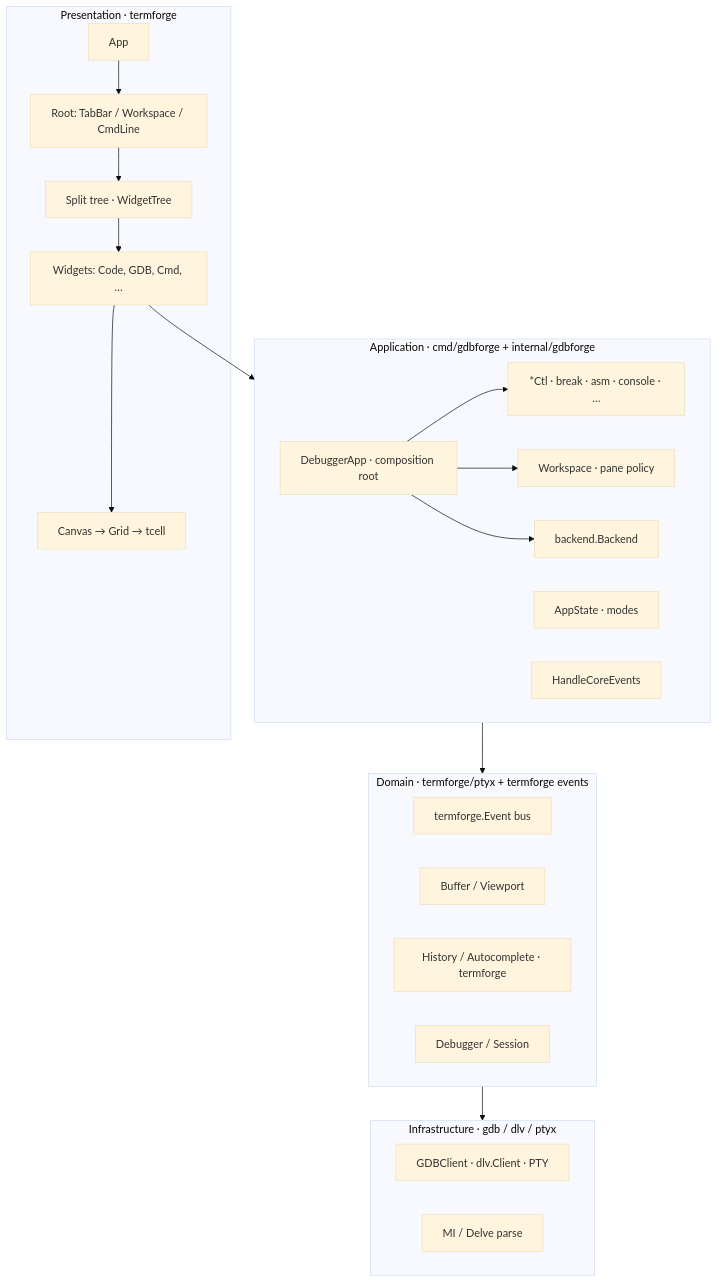
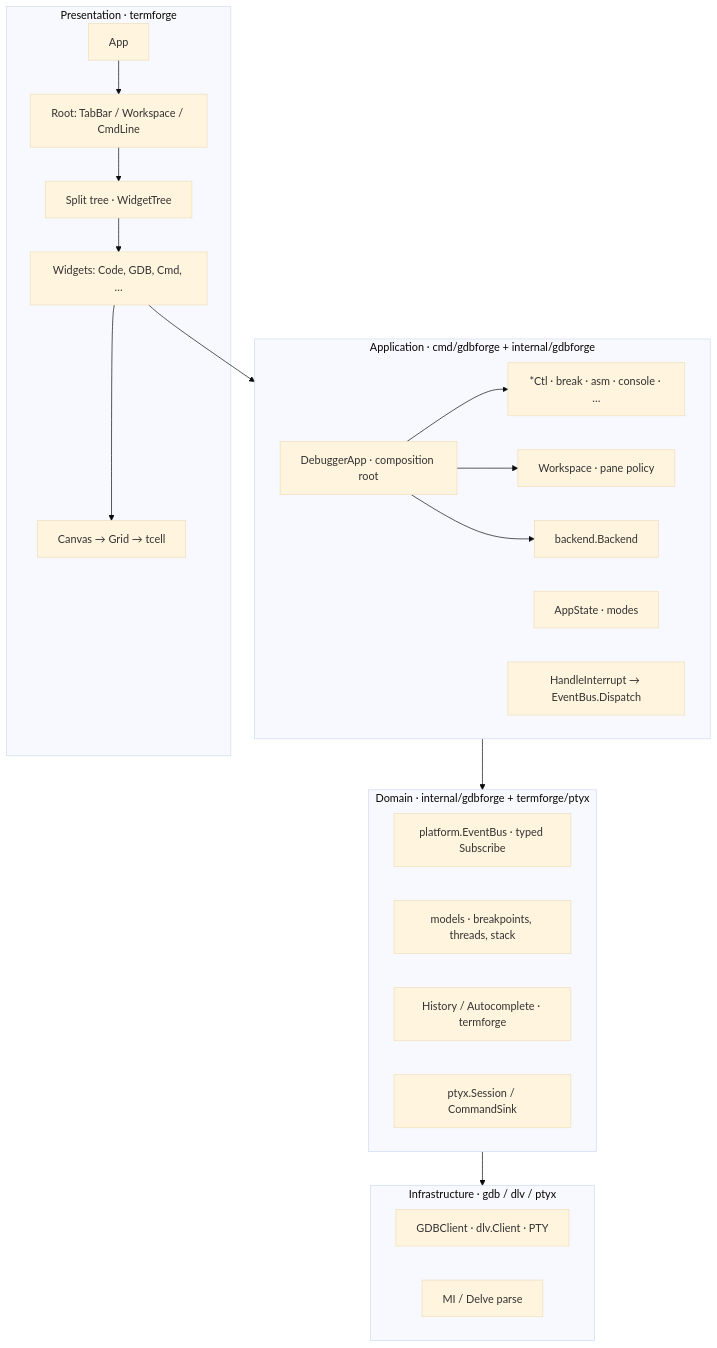
One commit to yairgd/gdbforge changed the fifth of 11 diagrams in docs/ARCHITECTURE.md. Above: the diagram before and after it, drawn with Mermaid (base theme). The commit also changed other lines of this file and 18 other files, not shown here.

First line of the commit message:
docs: retire the internal/termui vocabulary and describe the termforge split

````diff
--- a/docs/ARCHITECTURE.md
+++ b/docs/ARCHITECTURE.md
@@ -614,39 +649,39 @@
 ```mermaid
 flowchart TB
     subgraph Presentation["Presentation · termforge"]
         App["App"]
         RootLayout["Root: TabBar / Workspace / CmdLine"]
         SplitTree["Split tree · WidgetTree"]
         Widgets["Widgets: Code, GDB, Cmd, …"]
         Render["Canvas → Grid → tcell"]
     end
 
     subgraph Application["Application · cmd/gdbforge + internal/gdbforge"]
         DebuggerApp["DebuggerApp · composition root"]
         Ctls["*Ctl · break · asm · console · …"]
         WS["Workspace · pane policy"]
         BE["backend.Backend"]
         AppState["AppState · modes"]
-        HandleCore["HandleCoreEvents"]
+        HandleInt["HandleInterrupt → EventBus.Dispatch"]
     end
 
-    subgraph Domain["Domain · termforge/ptyx + termforge events"]
-        Events["termforge.Event bus"]
-        Buffer["Buffer / Viewport"]
+    subgraph Domain["Domain · internal/gdbforge + termforge/ptyx"]
+        Events["platform.EventBus · typed Subscribe"]
+        Models["models · breakpoints, threads, stack"]
         History["History / Autocomplete · termforge"]
-        DebuggerIF["Debugger / Session"]
+        DebuggerIF["ptyx.Session / CommandSink"]
     end
 
     subgraph Infrastructure["Infrastructure · gdb / dlv / ptyx"]
         Client["GDBClient · dlv.Client · PTY"]
         MI["MI / Delve parse"]
     end
 
     App --> RootLayout --> SplitTree --> Widgets --> Render
     Widgets --> Application
     DebuggerApp --> Ctls
     DebuggerApp --> WS
     DebuggerApp --> BE
     Application --> Domain
     Domain --> Infrastructure
 ```
````
